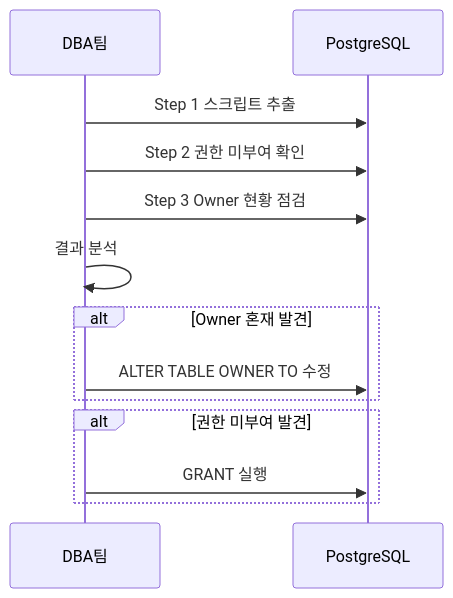
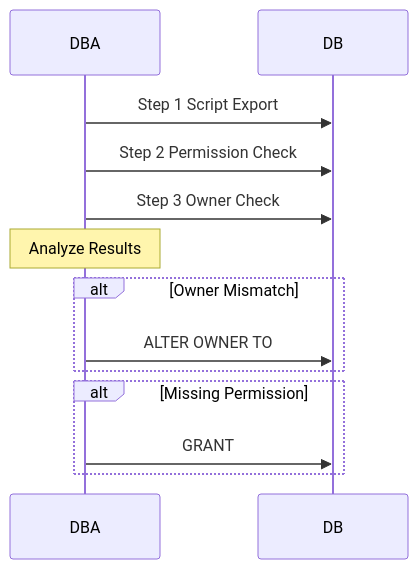
The diagram in database/runbooks/DB 계정 정책 점검 런북.md (sung-young-fnf/database_policy), drawn with Mermaid before and after one commit. The commit also changed 1 other file, not shown here.

Commit message:
Fix: KB 뷰어 Mermaid 렌더링 오류 수정
- kb.html: 코드 블록 파서를 플레이스홀더 방식으로 변경하여 Mermaid/SQL 블록 매칭 충돌 해결
- DB 계정 정책 점검 런북: Mermaid 다이어그램 영문으로 변경 (한글 파싱 에러 방지)

````diff
--- a/database/runbooks/DB 계정 정책 점검 런북.md
+++ b/database/runbooks/DB 계정 정책 점검 런북.md
@@ -42,16 +42,16 @@
 ```mermaid
 sequenceDiagram
-    participant DBA as DBA팀
-    participant DB as PostgreSQL
+    participant DBA
+    participant DB
 
-    DBA->>DB: Step 1 스크립트 추출
-    DBA->>DB: Step 2 권한 미부여 확인
-    DBA->>DB: Step 3 Owner 현황 점검
-    DBA->>DBA: 결과 분석
-    alt Owner 혼재 발견
-        DBA->>DB: ALTER TABLE OWNER TO 수정
+    DBA->>DB: Step 1 Script Export
+    DBA->>DB: Step 2 Permission Check
+    DBA->>DB: Step 3 Owner Check
+    Note over DBA: Analyze Results
+    alt Owner Mismatch
+        DBA->>DB: ALTER OWNER TO
     end
-    alt 권한 미부여 발견
-        DBA->>DB: GRANT 실행
+    alt Missing Permission
+        DBA->>DB: GRANT
     end
 ```
````
